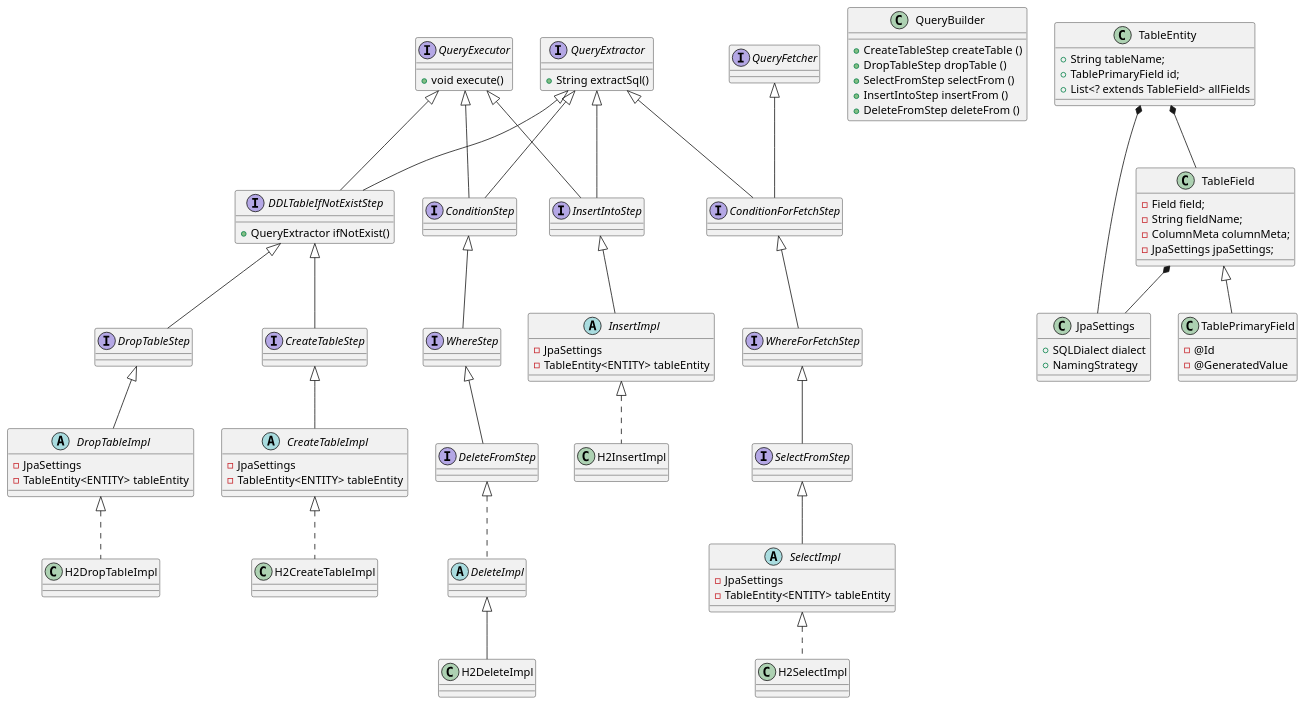
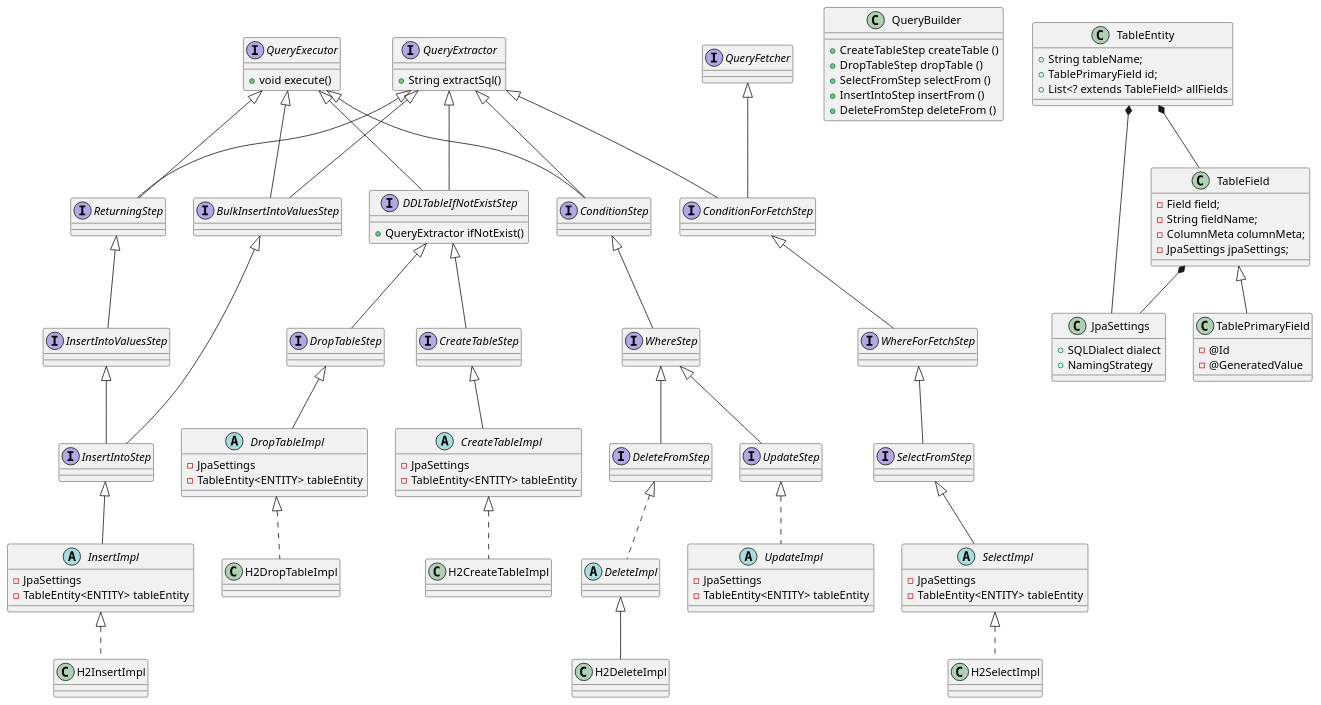
Before and after one commit to next-step/jpa-query-builder: the diagram in docs/uml/step-3-class-diagram.puml, drawn with PlantUML.

Commit message:
docs. 설계 UML에 업데이트 포함

```diff
--- a/docs/uml/step-3-class-diagram.puml
+++ b/docs/uml/step-3-class-diagram.puml
@@ -1,143 +1,166 @@
 @startuml
 interface QueryExtractor {
     + String extractSql()
 }
 
 ' QueryBuilder 들
 class QueryBuilder {
     + CreateTableStep createTable ()
     + DropTableStep dropTable ()
     + SelectFromStep selectFrom ()
     + InsertIntoStep insertFrom ()
     + DeleteFromStep deleteFrom ()
 }
 
 ' 이거도 그리면 좋지만 안이쁘니 숨기자...
 'DDLQueryBuilder -[hidden]..> CreateTableStep:returns
 'DDLQueryBuilder -[hidden]..> DropTableStep:returns
 
 'DMLQueryBuilder -[hidden]..> InsertIntoStep:returns
 'DMLQueryBuilder -[hidden]..> DeleteFromStep:returns
 
 ' Step 들 정의
 interface CreateTableStep extends DDLTableIfNotExistStep {
 
 }
 
 interface DropTableStep extends DDLTableIfNotExistStep {
 
 }
 
 interface SelectFromStep extends WhereForFetchStep {
 
 }
 
 interface WhereForFetchStep extends ConditionForFetchStep {
 
 }
 
 interface ConditionForFetchStep extends QueryFetcher, QueryExtractor {
 
 }
 
 interface DeleteFromStep extends WhereStep {
 
 }
 
-
 interface WhereStep extends ConditionStep {
 
 }
 
-interface InsertIntoStep extends QueryExtractor, QueryExecutor {
+interface InsertIntoStep extends InsertIntoValuesStep, BulkInsertIntoValuesStep {
 
 }
+
+interface BulkInsertIntoValuesStep extends QueryExtractor, QueryExecutor {
+
+}
+
+interface InsertIntoValuesStep extends ReturningStep {
+
+}
+
 
 interface ConditionStep extends QueryExtractor, QueryExecutor {
 
 }
 
 abstract class DeleteImpl implements DeleteFromStep {
 
 }
 
 class H2DeleteImpl extends DeleteImpl {
 
 }
 
 interface DDLTableIfNotExistStep extends QueryExtractor, QueryExecutor {
     + QueryExtractor ifNotExist()
 }
 
 interface QueryExecutor {
     + void execute()
 }
 
 abstract class CreateTableImpl extends CreateTableStep{
     - JpaSettings
     - TableEntity<ENTITY> tableEntity
 }
 
 class H2CreateTableImpl implements CreateTableImpl {
 
 }
 
 ' DROP
 abstract class DropTableImpl extends DropTableStep {
     - JpaSettings
     - TableEntity<ENTITY> tableEntity
 }
 
 class H2DropTableImpl implements DropTableImpl {
 
 }
 
 ' INSERT
 abstract class InsertImpl extends InsertIntoStep {
     - JpaSettings
     - TableEntity<ENTITY> tableEntity
 }
 
 class H2InsertImpl implements InsertImpl {
 
 }
 
 ' SELECT
 abstract class SelectImpl extends SelectFromStep {
     - JpaSettings
     - TableEntity<ENTITY> tableEntity
 }
 
 class H2SelectImpl implements SelectImpl {
 
 }
 
+' UPDATE
+interface UpdateStep extends WhereStep {
+
+}
+
+abstract class UpdateImpl implements UpdateStep {
+    - JpaSettings
+    - TableEntity<ENTITY> tableEntity
+}
+
+
+interface ReturningStep extends QueryExtractor, QueryExecutor {
+
+}
+
 class JpaSettings {
     + SQLDialect dialect
     + NamingStrategy
 }
 
 TableEntity *--	TableField
 TableEntity *--	JpaSettings
 
 TableField *-- JpaSettings
 
 class TableEntity {
     + String tableName;
     + TablePrimaryField id;
     + List<? extends TableField> allFields
 }
 
 class TableField {
     - Field field;
     - String fieldName;
     - ColumnMeta columnMeta;
     - JpaSettings jpaSettings;
 }
 
 class TablePrimaryField extends TableField {
     - @Id
     - @GeneratedValue
 }
 
 @enduml
```
